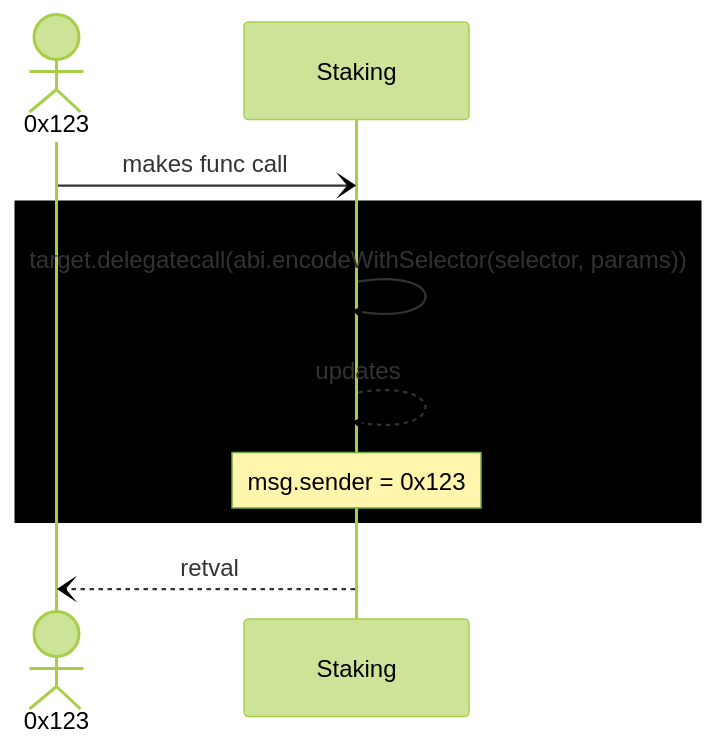
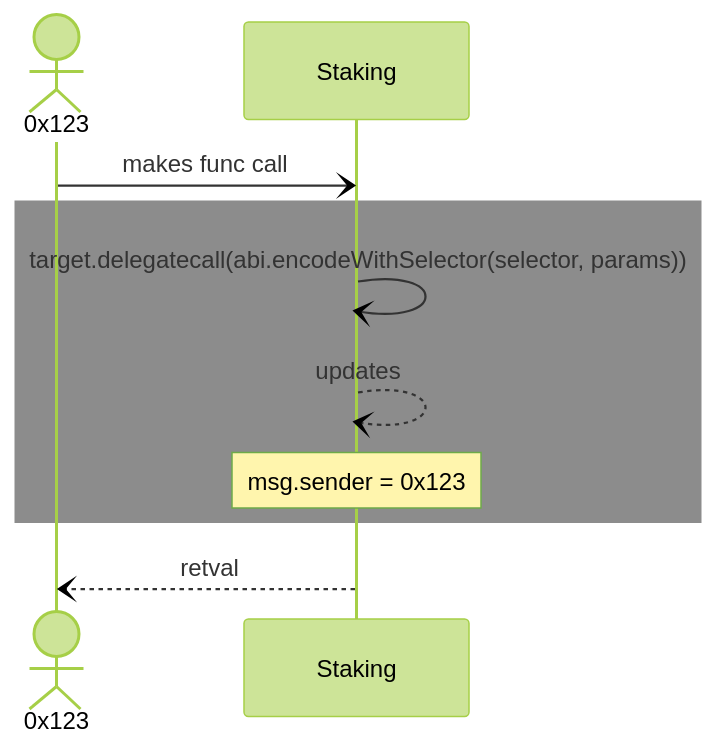
One commit to zeroxwhyzee/blockchain-ctf-writeups changed the second of 3 diagrams in ethernaut-ctf-2024/wombo-combo/README.md. Above: the diagram before and after it, drawn with Mermaid (forest theme). The commit also changed other lines of this file, not shown here.

Commit message:
update rect rgb for sequence diagrams

````diff
--- a/ethernaut-ctf-2024/wombo-combo/README.md
+++ b/ethernaut-ctf-2024/wombo-combo/README.md
@@ -88,14 +88,14 @@
 ```mermaid
 
 sequenceDiagram
     Actor A as 0x123
     participant S as Staking
     A-)S: makes func call
-    rect rgb(0,0,0)
+    rect rgb(140, 140, 140)
     S-)S: target.delegatecall(abi.encodeWithSelector(selector, params))
     S--)S: updates
     Note over S,S: msg.sender = 0x123
     end
     S--)A: retval
 
 ```
````
